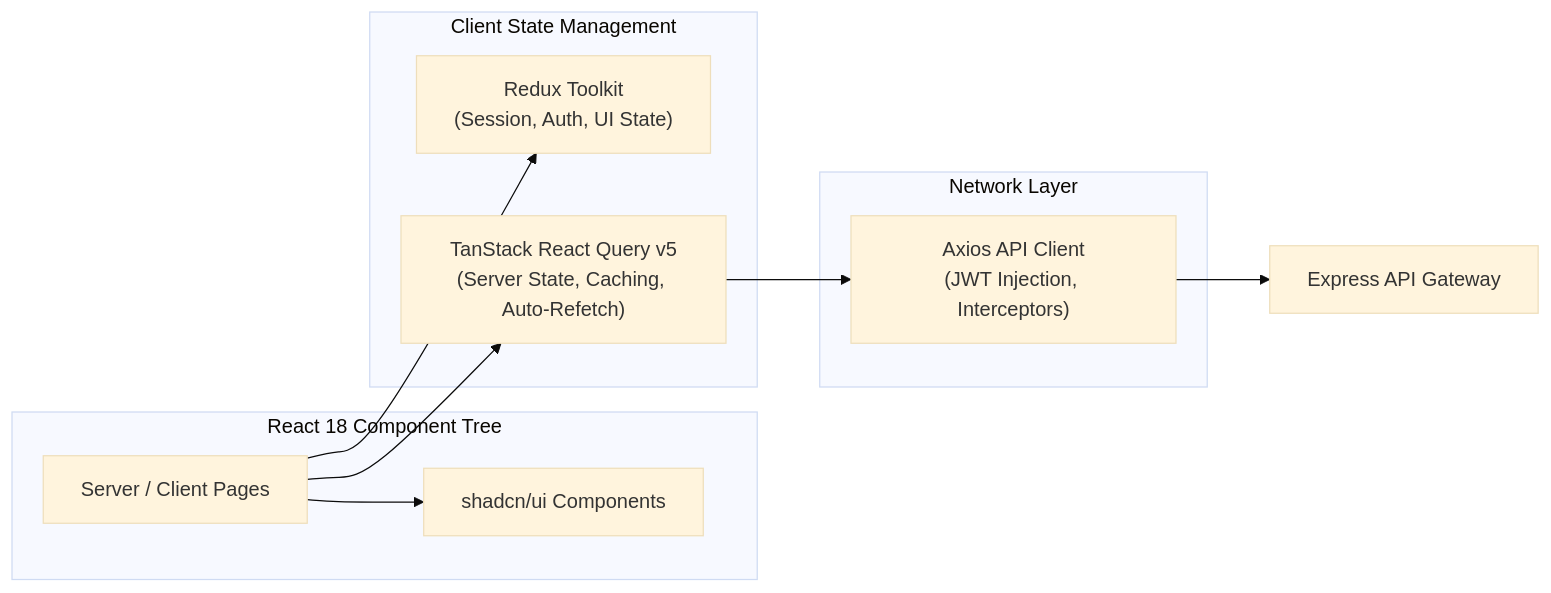
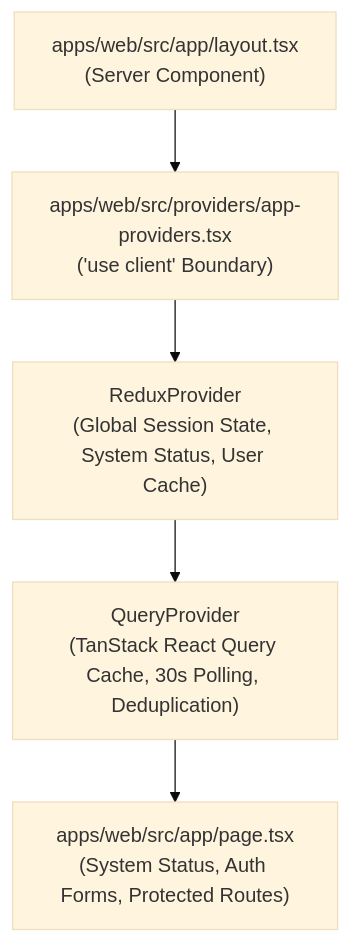
One commit to Kushagra26102006/healthbridge-india changed the third of 3 diagrams in docs/architecture.md. Above: the diagram before and after it, drawn with Mermaid (base theme). The commit also changed other lines of this file and 83 other files, not shown here.

Commit message:
feat(monorepo): complete shared packages, frontend-backend integration, typed API client, and environment verification (Day 1 Task 05)

````diff
--- a/docs/architecture.md
+++ b/docs/architecture.md
@@ -120,22 +98,13 @@
 ```mermaid
-graph LR
-    subgraph UI ["React 18 Component Tree"]
-        Page["Server / Client Pages"]
-        Shadcn["shadcn/ui Components"]
-    end
+graph TD
+    RootLayout["apps/web/src/app/layout.tsx<br/>(Server Component)"]
+    AppProviders["apps/web/src/providers/app-providers.tsx<br/>('use client' Boundary)"]
+    Redux["ReduxProvider<br/>(Global Session State, System Status, User Cache)"]
+    Query["QueryProvider<br/>(TanStack React Query Cache, 30s Polling, Deduplication)"]
+    Page["apps/web/src/app/page.tsx<br/>(System Status, Auth Forms, Protected Routes)"]
 
-    subgraph State ["Client State Management"]
-        RTK["Redux Toolkit<br/>(Session, Auth, UI State)"]
-        Query["TanStack React Query v5<br/>(Server State, Caching, Auto-Refetch)"]
-    end
-
-    subgraph Network ["Network Layer"]
-        Axios["Axios API Client<br/>(JWT Injection, Interceptors)"]
-    end
-
-    Page --> Shadcn
-    Page --> Query
-    Page --> RTK
-    Query --> Axios
-    Axios --> API["Express API Gateway"]
+    RootLayout --> AppProviders
+    AppProviders --> Redux
+    Redux --> Query
+    Query --> Page
 ```
````
